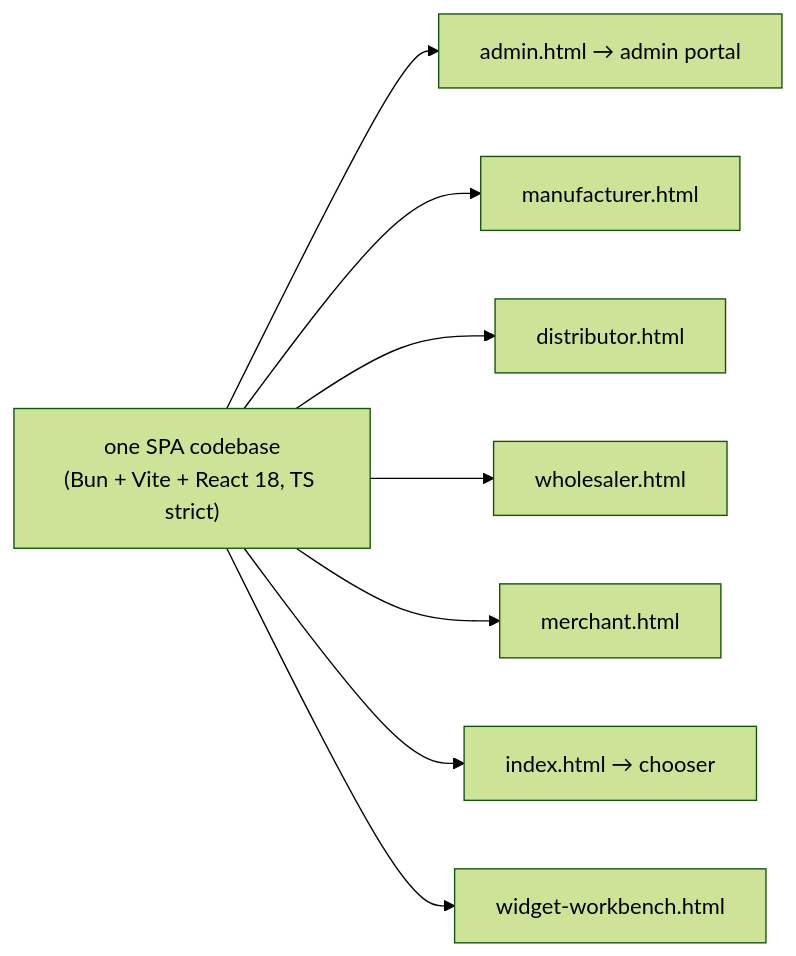
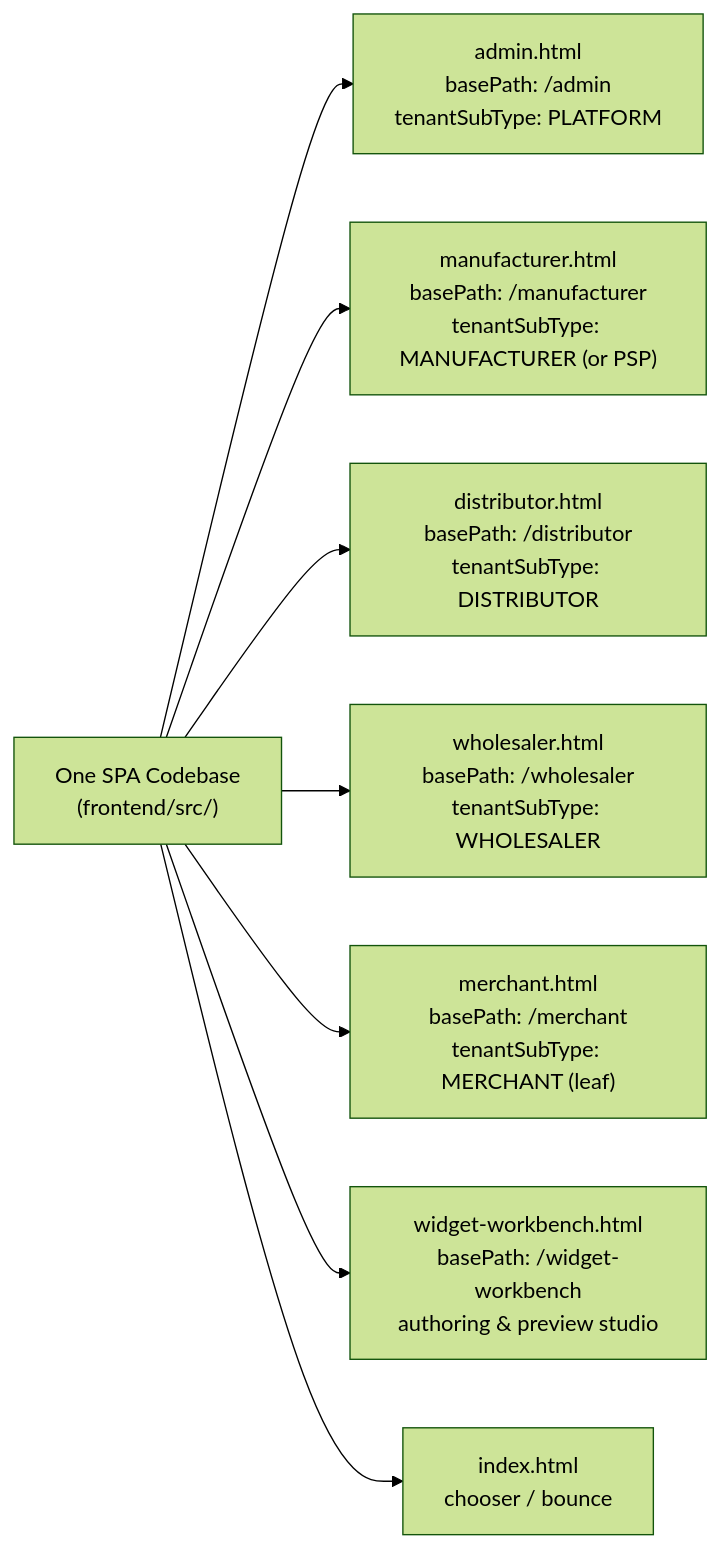
Before and after one commit to FathimaBadar/FinancialServicesPlatform: the first of 4 diagrams in docs/architecture/09-frontend-portals.md, drawn with Mermaid (forest theme). The commit also changed other lines of this file and 16 other files, not shown here.

First line of the commit message:
chore(ui+docs): yellow merchant accent, portal/dashboard docs, concurrency mandates, F-12 tests

````diff
--- a/docs/architecture/09-frontend-portals.md
+++ b/docs/architecture/09-frontend-portals.md
@@ -10,11 +12,11 @@
 ```mermaid
 flowchart LR
-    SRC["one SPA codebase<br/>(Bun + Vite + React 18, TS strict)"]
-    SRC --> ADM["admin.html → admin portal"]
-    SRC --> MAN["manufacturer.html"]
-    SRC --> DIB["distributor.html"]
-    SRC --> WHO["wholesaler.html"]
-    SRC --> MER["merchant.html"]
-    SRC --> CH["index.html → chooser"]
-    SRC --> WB["widget-workbench.html"]
+    SRC["One SPA Codebase<br/>(frontend/src/)"]
+    SRC --> ADM["admin.html<br/>basePath: /admin<br/>tenantSubType: PLATFORM"]
+    SRC --> MAN["manufacturer.html<br/>basePath: /manufacturer<br/>tenantSubType: MANUFACTURER (or PSP)"]
+    SRC --> DIB["distributor.html<br/>basePath: /distributor<br/>tenantSubType: DISTRIBUTOR"]
+    SRC --> WHO["wholesaler.html<br/>basePath: /wholesaler<br/>tenantSubType: WHOLESALER"]
+    SRC --> MER["merchant.html<br/>basePath: /merchant<br/>tenantSubType: MERCHANT (leaf)"]
+    SRC --> WB["widget-workbench.html<br/>basePath: /widget-workbench<br/>authoring & preview studio"]
+    SRC --> CH["index.html<br/>chooser / bounce"]
 ```
````
